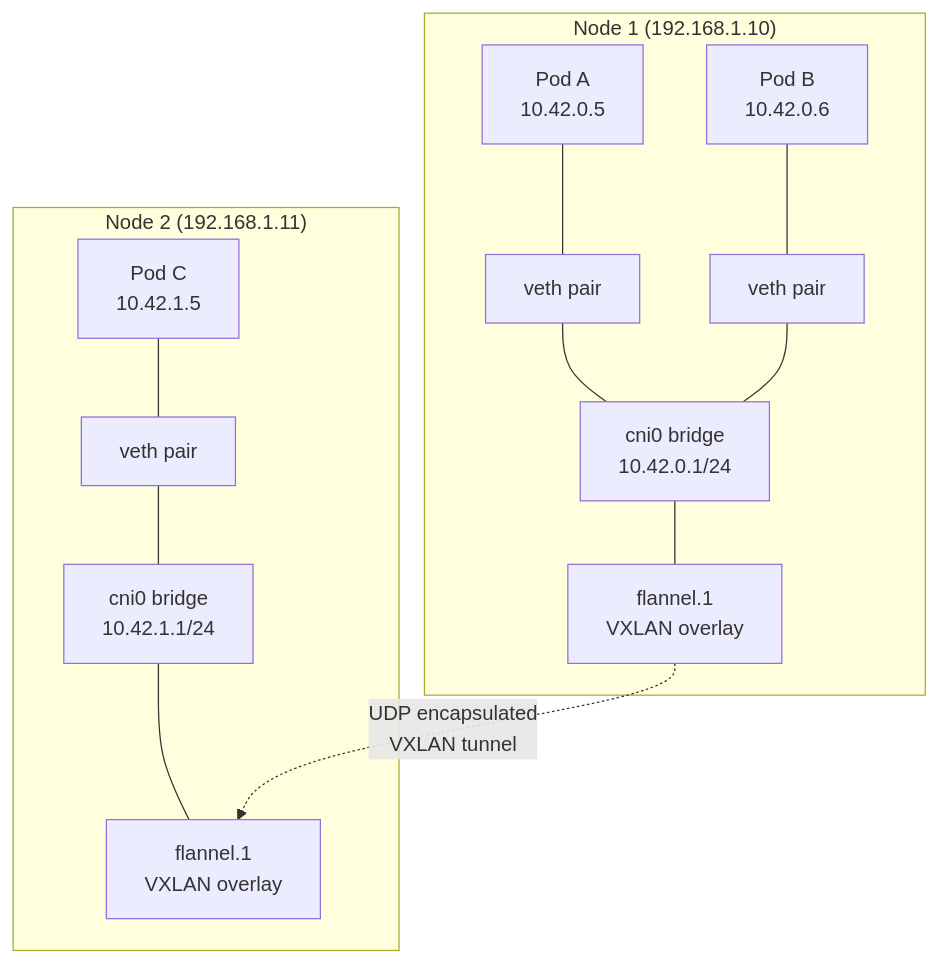
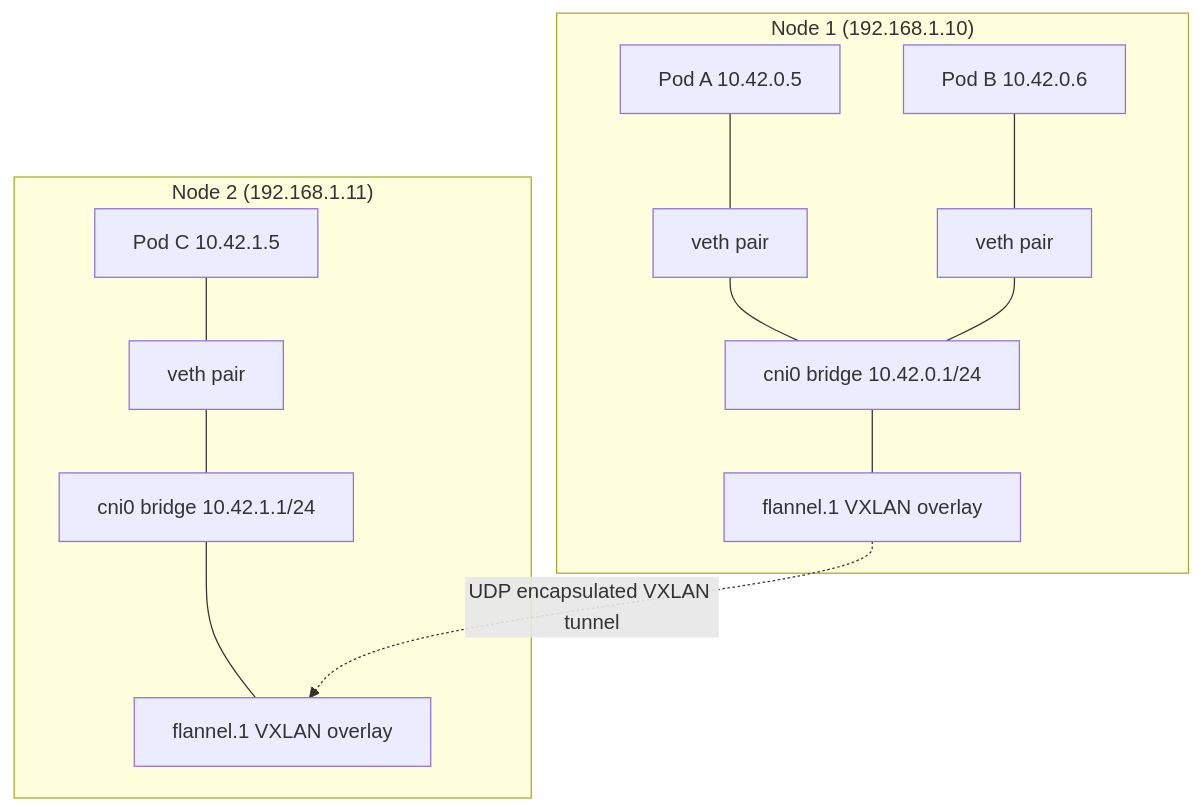
One commit to UncleJS/course_k3s changed the fourth of 7 diagrams in 16_podman_to_k3s/01_mental_model_shift.md. Above: the diagram before and after it, drawn with Mermaid. The commit also changed other lines of this file and 57 other files, not shown here.

````diff
--- a/16_podman_to_k3s/01_mental_model_shift.md
+++ b/16_podman_to_k3s/01_mental_model_shift.md
@@ -244,16 +244,16 @@
 ```mermaid
 flowchart TB
     subgraph Node1["Node 1 (192.168.1.10)"]
-        P1[Pod A\n10.42.0.5] --- VETH1[veth pair]
-        P2[Pod B\n10.42.0.6] --- VETH2[veth pair]
-        VETH1 --- BRIDGE[cni0 bridge\n10.42.0.1/24]
+        P1[Pod A 10.42.0.5] --- VETH1[veth pair]
+        P2[Pod B 10.42.0.6] --- VETH2[veth pair]
+        VETH1 --- BRIDGE[cni0 bridge 10.42.0.1/24]
         VETH2 --- BRIDGE
-        BRIDGE --- FLANNEL1[flannel.1\nVXLAN overlay]
+        BRIDGE --- FLANNEL1[flannel.1 VXLAN overlay]
     end
     subgraph Node2["Node 2 (192.168.1.11)"]
-        P3[Pod C\n10.42.1.5] --- VETH3[veth pair]
-        VETH3 --- BRIDGE2[cni0 bridge\n10.42.1.1/24]
-        BRIDGE2 --- FLANNEL2[flannel.1\nVXLAN overlay]
+        P3[Pod C 10.42.1.5] --- VETH3[veth pair]
+        VETH3 --- BRIDGE2[cni0 bridge 10.42.1.1/24]
+        BRIDGE2 --- FLANNEL2[flannel.1 VXLAN overlay]
     end
-    FLANNEL1 -.->|UDP encapsulated\nVXLAN tunnel| FLANNEL2
+    FLANNEL1 -.->|UDP encapsulated VXLAN tunnel| FLANNEL2
 ```
````
